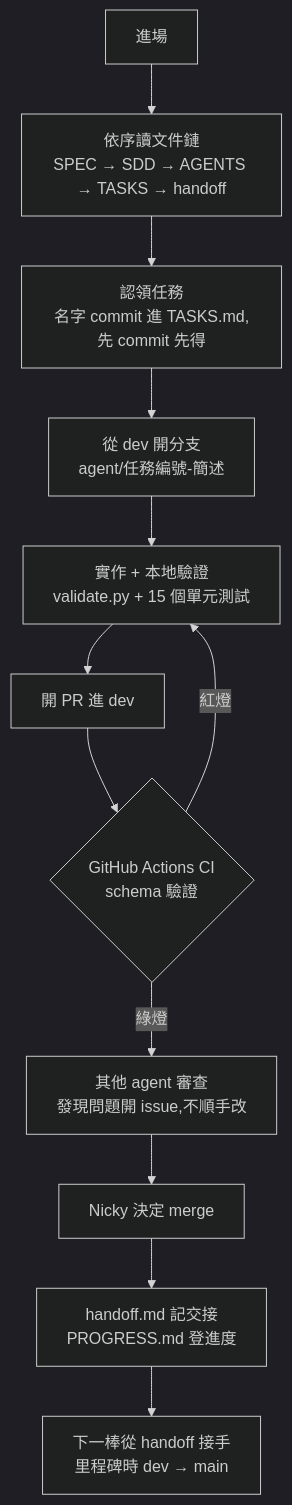
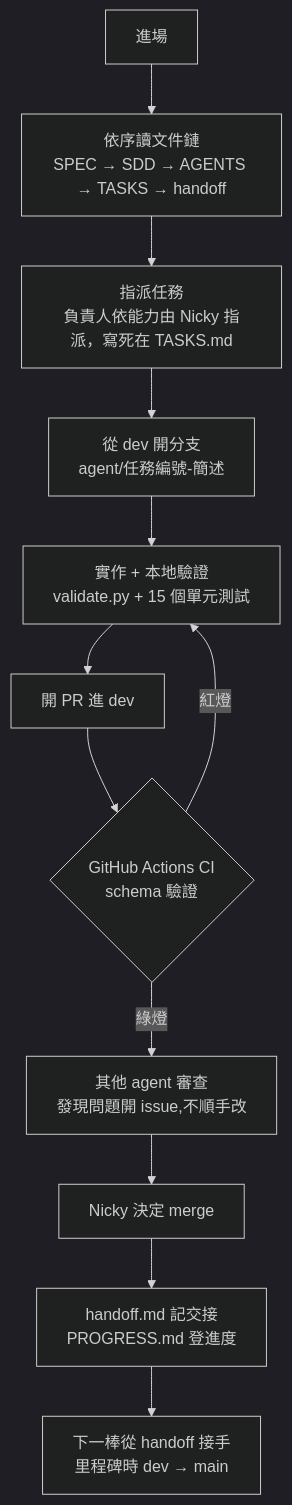
The first of 2 diagrams in README.md (nickyxu1985/penghu-travel-guide), drawn with Mermaid (dark theme) before and after one commit. The commit also changed other lines of this file, not shown here.

````diff
--- a/README.md
+++ b/README.md
@@ -46,14 +49,14 @@
 ```mermaid
 flowchart TD
     A[進場] --> B[依序讀文件鏈<br/>SPEC → SDD → AGENTS → TASKS → handoff]
-    B --> C[認領任務<br/>名字 commit 進 TASKS.md,先 commit 先得]
+    B --> C[指派任務<br/>負責人依能力由 Nicky 指派，寫死在 TASKS.md]
     C --> D[從 dev 開分支<br/>agent/任務編號-簡述]
     D --> E[實作 + 本地驗證<br/>validate.py + 15 個單元測試]
     E --> F[開 PR 進 dev]
     F --> G{GitHub Actions CI<br/>schema 驗證}
     G -- 紅燈 --> E
     G -- 綠燈 --> H[其他 agent 審查<br/>發現問題開 issue,不順手改]
     H --> I[Nicky 決定 merge]
     I --> J[handoff.md 記交接<br/>PROGRESS.md 登進度]
     J --> K[下一棒從 handoff 接手<br/>里程碑時 dev → main]
 ```
````
